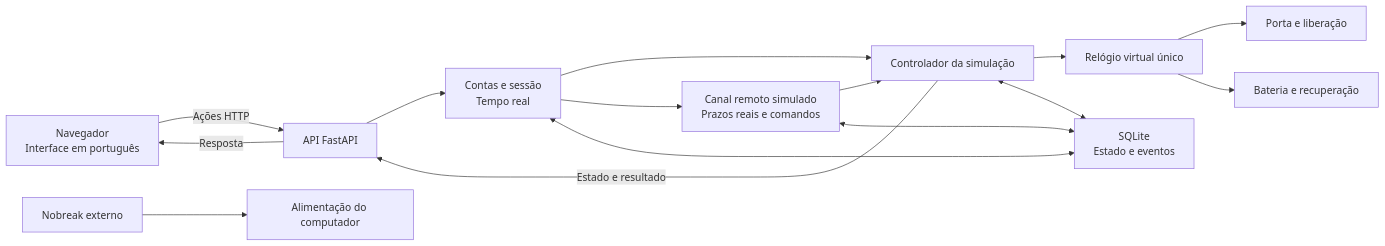
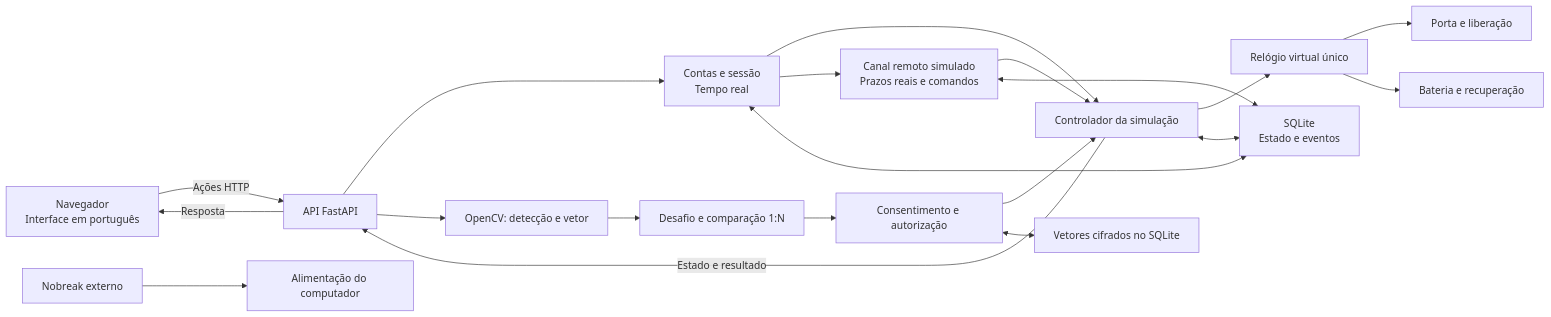
Before and after one commit to gustavonm20/EverLock: the diagram in docs/architecture.md, drawn with Mermaid. The commit also changed other lines of this file and 76 other files, not shown here.

````diff
--- a/docs/architecture.md
+++ b/docs/architecture.md
@@ -5,17 +5,22 @@
 ```mermaid
 flowchart LR
     Browser["Navegador\nInterface em português"] -->|"Ações HTTP"| API["API FastAPI"]
     API --> Auth["Contas e sessão\nTempo real"]
     Auth --> Controller["Controlador da simulação"]
     Auth --> Communication["Canal remoto simulado\nPrazos reais e comandos"]
+    API --> Faces["OpenCV: detecção e vetor"]
+    Faces --> Recognition["Desafio e comparação 1:N"]
+    Recognition --> Identities["Consentimento e autorização"]
+    Identities --> Controller
+    Identities <--> Vault["Vetores cifrados no SQLite"]
     Communication --> Controller
     Communication <--> Store
     Controller --> Clock["Relógio virtual único"]
     Clock --> Door["Porta e liberação"]
     Clock --> Power["Bateria e recuperação"]
     Controller <--> Store["SQLite\nEstado e eventos"]
     Auth <--> Store
     UPS["Nobreak externo"] --> PC["Alimentação do computador"]
     Controller -->|"Estado e resultado"| API
     API -->|"Resposta"| Browser
 ```
````
